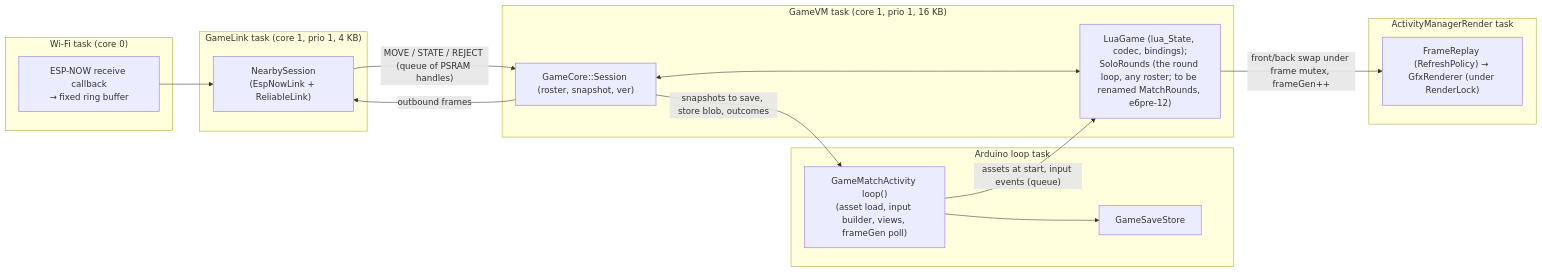
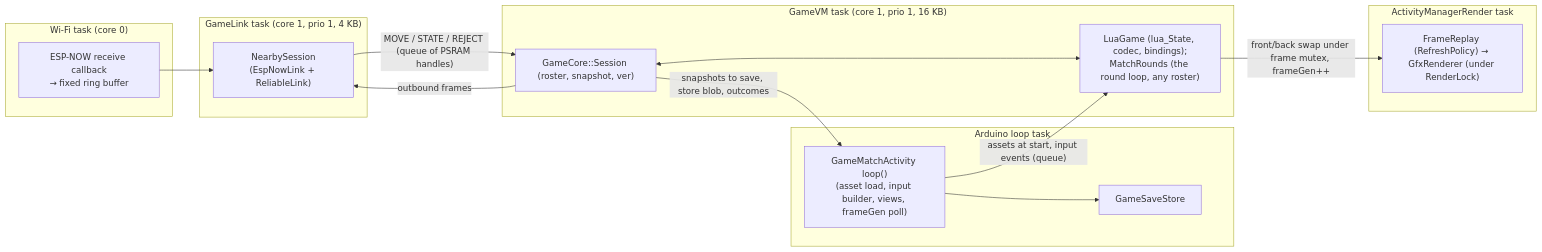
Before and after one commit to CarpeTelam/crosshatch-player: the third of 4 diagrams in _bmad-output/planning-artifacts/architecture/architecture-crosshatch-player-2026-09-26/ARCHITECTURE-SPINE.md, drawn with Mermaid. The commit also changed other lines of this file, not shown here.

First line of the commit message:
docs: mark the pre-epic-6 spine amendments as built

````diff
--- a/_bmad-output/planning-artifacts/architecture/architecture-crosshatch-player-2026-09-26/ARCHITECTURE-SPINE.md
+++ b/_bmad-output/planning-artifacts/architecture/architecture-crosshatch-player-2026-09-26/ARCHITECTURE-SPINE.md
@@ -452,29 +452,29 @@
 ```mermaid
 flowchart LR
   subgraph WiFiTask["Wi-Fi task (core 0)"]
     RX["ESP-NOW receive callback<br/>→ fixed ring buffer"]
   end
   subgraph LinkTask["GameLink task (core 1, prio 1, 4 KB)"]
     NS["NearbySession<br/>(EspNowLink + ReliableLink)"]
   end
   subgraph LoopTask["Arduino loop task"]
     MA["GameMatchActivity loop()<br/>(asset load, input builder, views, frameGen poll)"]
     SS["GameSaveStore"]
   end
   subgraph VMTask["GameVM task (core 1, prio 1, 16 KB)"]
-    %% Amended 2026-09-28 (owner): SoloRounds and RefreshPolicy named (retro A2).
-    VM["LuaGame (lua_State, codec, bindings);<br/>SoloRounds (the round loop, any roster; to be renamed MatchRounds, e6pre-12)"]
+    %% Amended 2026-09-28 (owner): SoloRounds (now MatchRounds) and RefreshPolicy named (retro A2).
+    VM["LuaGame (lua_State, codec, bindings);<br/>MatchRounds (the round loop, any roster)"]
     SE["GameCore::Session (roster, snapshot, ver)"]
   end
   subgraph RenderTask["ActivityManagerRender task"]
     RP["FrameReplay (RefreshPolicy) → GfxRenderer (under RenderLock)"]
   end
   RX --> NS
   NS -- "MOVE / STATE / REJECT (queue of PSRAM handles)" --> SE
   SE -- "outbound frames" --> NS
   MA -- "assets at start, input events (queue)" --> VM
   SE -- "snapshots to save, store blob, outcomes" --> MA
   MA --> SS
   VM -- "front/back swap under frame mutex, frameGen++" --> RP
   SE <--> VM
 ```
````
